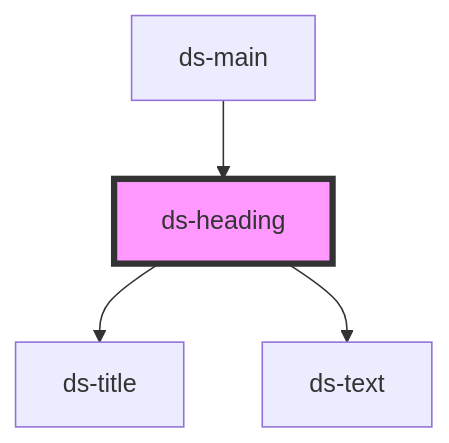
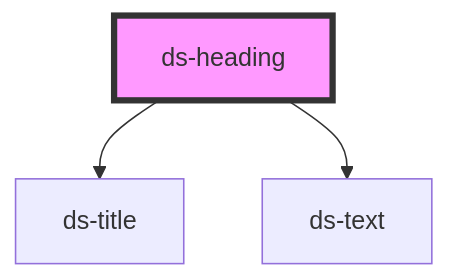
The diagram in components/core/heading/readme.md (jezoock/dot-stash), drawn with Mermaid before and after one commit. The commit also changed other lines of this file and 24 other files, not shown here.

````diff
--- a/components/core/heading/readme.md
+++ b/components/core/heading/readme.md
@@ -31,7 +27,6 @@
 ```mermaid
 graph TD;
   ds-heading --> ds-title
   ds-heading --> ds-text
-  ds-main --> ds-heading
   style ds-heading fill:#f9f,stroke:#333,stroke-width:4px
 ```
````
